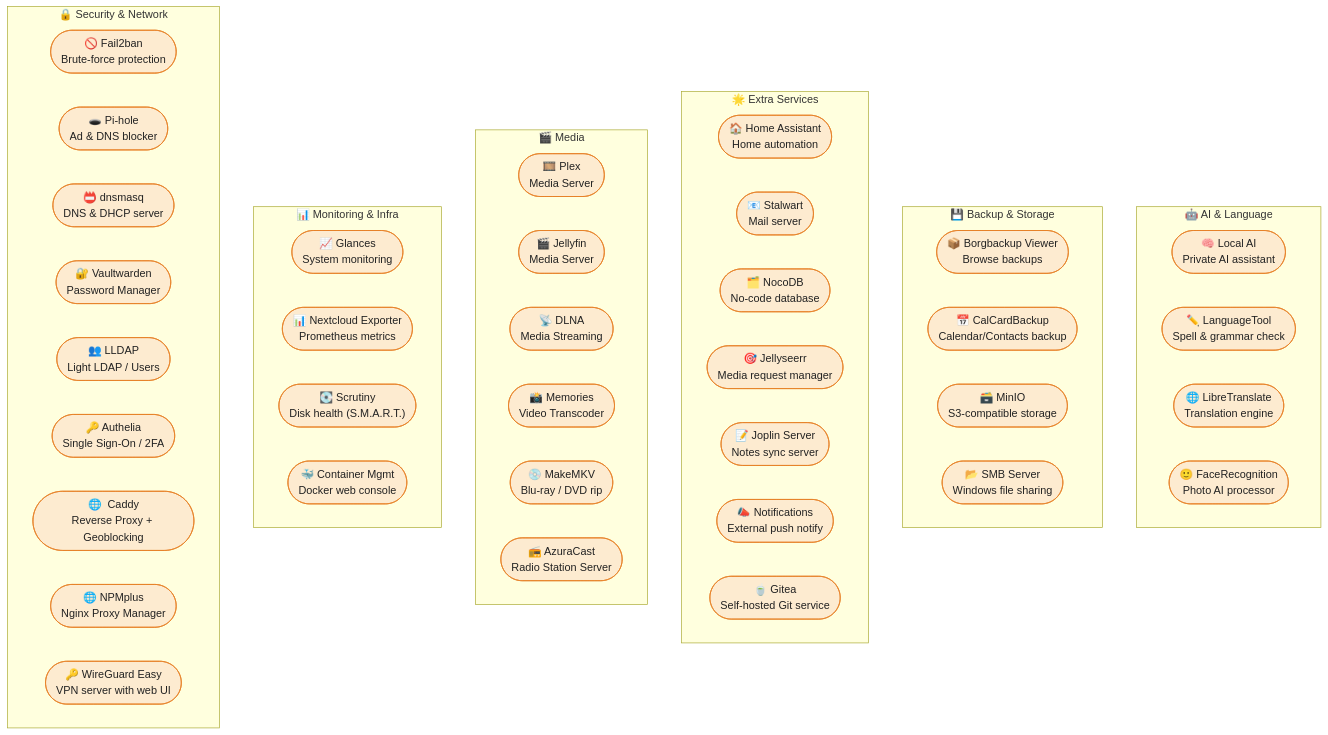
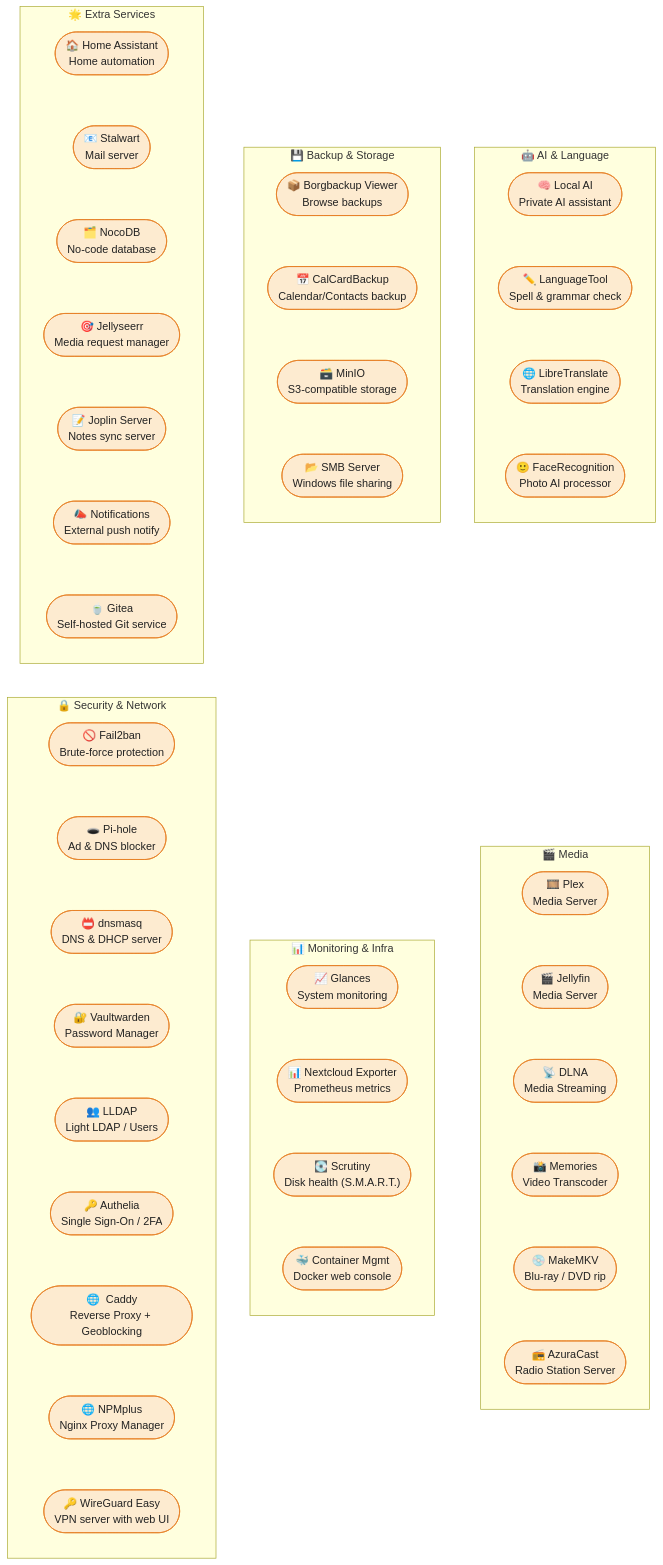
The diagram in community-containers/readme.md (nextcloud/all-in-one), drawn with Mermaid before and after one commit.

Commit message:
docs(community-containers): fix overview diagram layout
The overview diagram has no edges, so Mermaid placed all categories
and containers in a single row. Add invisible links so that each
category is rendered as a column and the categories in two rows.

````diff
--- a/community-containers/readme.md
+++ b/community-containers/readme.md
@@ -9,58 +9,75 @@
 ```mermaid
 flowchart TD
     %% ── Styles ───────────────────────────────────────────────────────────────────
     classDef community fill:#FDEBD0,stroke:#E67E22,color:#222
     classDef group     fill:#FEF9E7,stroke:#F39C12,color:#333
 
     subgraph COMM_AI["🤖 AI & Language"]
+        direction TB
         LAI(["🧠  Local AI\nPrivate AI assistant"]):::community
         LT(["✏️  LanguageTool\nSpell & grammar check"]):::community
         LTRANS(["🌐  LibreTranslate\nTranslation engine"]):::community
         FACE(["🙂  FaceRecognition\nPhoto AI processor"]):::community
+        LAI ~~~ LT ~~~ LTRANS ~~~ FACE
     end
 
     subgraph COMM_BACKUP["💾 Backup & Storage"]
+        direction TB
         BV(["📦  Borgbackup Viewer\nBrowse backups"]):::community
         CALB(["📅  CalCardBackup\nCalendar/Contacts backup"]):::community
         MINIO(["🗃️  MinIO\nS3-compatible storage"]):::community
         SMB(["📂  SMB Server\nWindows file sharing"]):::community
+        BV ~~~ CALB ~~~ MINIO ~~~ SMB
     end
 
     subgraph COMM_EXTRA["🌟 Extra Services"]
+        direction TB
         HA(["🏠  Home Assistant\nHome automation"]):::community
         STLW(["📧  Stalwart\nMail server"]):::community
         NOCO(["🗂️  NocoDB\nNo-code database"]):::community
         JSER(["🎯  Jellyseerr\nMedia request manager"]):::community
         JOPLIN(["📝  Joplin Server\nNotes sync server"]):::community
         NOTIF(["📣  Notifications\nExternal push notify"]):::community
         GITEA(["🍵  Gitea\nSelf-hosted Git service"]):::community
+        HA ~~~ STLW ~~~ NOCO ~~~ JSER ~~~ JOPLIN ~~~ NOTIF ~~~ GITEA
     end
 
     subgraph COMM_MEDIA["🎬 Media"]
+        direction TB
         PLEX(["🎞️  Plex\nMedia Server"]):::community
         JELLY(["🎬  Jellyfin\nMedia Server"]):::community
         DLNA(["📡  DLNA\nMedia Streaming"]):::community
         MEMTR(["📸  Memories\nVideo Transcoder"]):::community
         MKV(["💿  MakeMKV\nBlu-ray / DVD rip"]):::community
         AZURA(["📻  AzuraCast\nRadio Station Server"]):::community
+        PLEX ~~~ JELLY ~~~ DLNA ~~~ MEMTR ~~~ MKV ~~~ AZURA
     end
 
     subgraph COMM_MONITOR["📊 Monitoring & Infra"]
+        direction TB
         GLAN(["📈  Glances\nSystem monitoring"]):::community
         EXP(["📊  Nextcloud Exporter\nPrometheus metrics"]):::community
         SCRU(["💽  Scrutiny\nDisk health (S.M.A.R.T.)"]):::community
         CMGMT(["🐳  Container Mgmt\nDocker web console"]):::community
+        GLAN ~~~ EXP ~~~ SCRU ~~~ CMGMT
     end
 
     subgraph COMM_SEC["🔒 Security & Network"]
+        direction TB
         F2B(["🚫  Fail2ban\nBrute-force protection"]):::community
         PIH(["🕳️  Pi-hole\nAd & DNS blocker"]):::community
         DNSM(["📛  dnsmasq\nDNS & DHCP server"]):::community
         VW(["🔐  Vaultwarden\nPassword Manager"]):::community
         LDAP(["👥  LLDAP\nLight LDAP / Users"]):::community
         AUTH(["🔑  Authelia\nSingle Sign-On / 2FA"]):::community
         CADDY(["🌐  Caddy\nReverse Proxy + Geoblocking"]):::community
         NPMPLUS(["🌐  NPMplus\nNginx Proxy Manager"]):::community
         WG(["🔑  WireGuard Easy\nVPN server with web UI"]):::community
+        F2B ~~~ PIH ~~~ DNSM ~~~ VW ~~~ LDAP ~~~ AUTH ~~~ CADDY ~~~ NPMPLUS ~~~ WG
     end
+
+    %% ── Layout: invisible links arrange the categories in two rows ──────────────
+    COMM_AI ~~~ COMM_MEDIA
+    COMM_BACKUP ~~~ COMM_MONITOR
+    COMM_EXTRA ~~~ COMM_SEC
 ```
````
